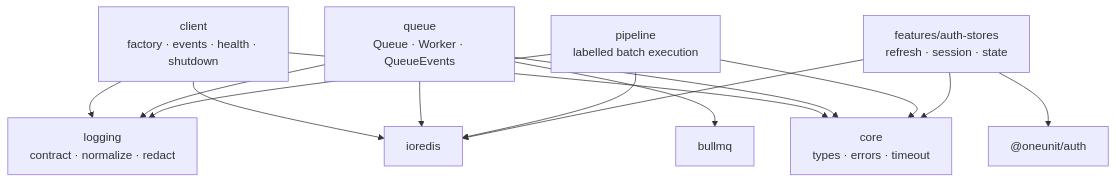
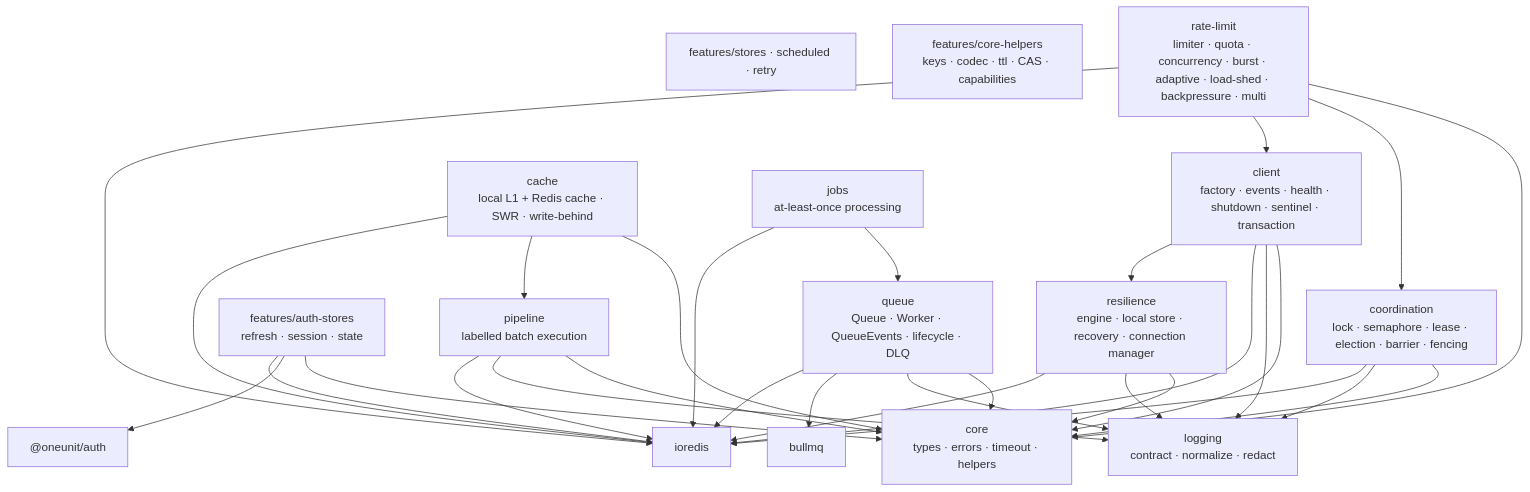
One commit to mayank040902/oneunit changed the first of 4 diagrams in packages/redis/ARCHITECTURE.md. Above: the diagram before and after it, drawn with Mermaid. The commit also changed other lines of this file and 54 other files, not shown here.

````diff
--- a/packages/redis/ARCHITECTURE.md
+++ b/packages/redis/ARCHITECTURE.md
@@ -88,26 +91,49 @@
 ```mermaid
 flowchart TD
-    Core["core<br/>types · errors · timeout"]
+    Core["core<br/>types · errors · timeout · helpers"]
     Logging["logging<br/>contract · normalize · redact"]
-    Client["client<br/>factory · events · health · shutdown"]
-    Queue["queue<br/>Queue · Worker · QueueEvents"]
+    Client["client<br/>factory · events · health · shutdown · sentinel · transaction"]
+    Queue["queue<br/>Queue · Worker · QueueEvents · lifecycle · DLQ"]
     Pipeline["pipeline<br/>labelled batch execution"]
     Auth["features/auth-stores<br/>refresh · session · state"]
+    AuthStores["features/stores · scheduled · retry"]
+    Helpers["features/core-helpers<br/>keys · codec · ttl · CAS · capabilities"]
+    Cache["cache<br/>local L1 + Redis cache · SWR · write-behind"]
+    Coord["coordination<br/>lock · semaphore · lease · election · barrier · fencing"]
+    Resilience["resilience<br/>engine · local store · recovery · connection manager"]
+    JobProc["jobs<br/>at-least-once processing"]
+    RateLimit["rate-limit<br/>limiter · quota · concurrency · burst · adaptive · load-shed · backpressure · multi"]
     Ioredis["ioredis"]
     Bull["bullmq"]
     OneAuth["@oneunit/auth"]
 
     Client --> Core
     Client --> Logging
     Client --> Ioredis
+    Client --> Resilience
     Queue --> Core
     Queue --> Logging
     Queue --> Bull
     Queue --> Ioredis
     Pipeline --> Core
     Pipeline --> Logging
     Pipeline --> Ioredis
     Auth --> Core
     Auth --> OneAuth
     Auth --> Ioredis
+    Cache --> Core
+    Cache --> Pipeline
+    Cache --> Ioredis
+    Coord --> Core
+    Coord --> Logging
+    Coord --> Ioredis
+    Resilience --> Core
+    Resilience --> Logging
+    Resilience --> Ioredis
+    RateLimit --> Core
+    RateLimit --> Coord
+    RateLimit --> Client
+    RateLimit --> Ioredis
+    JobProc --> Queue
+    JobProc --> Ioredis
 ```
````
